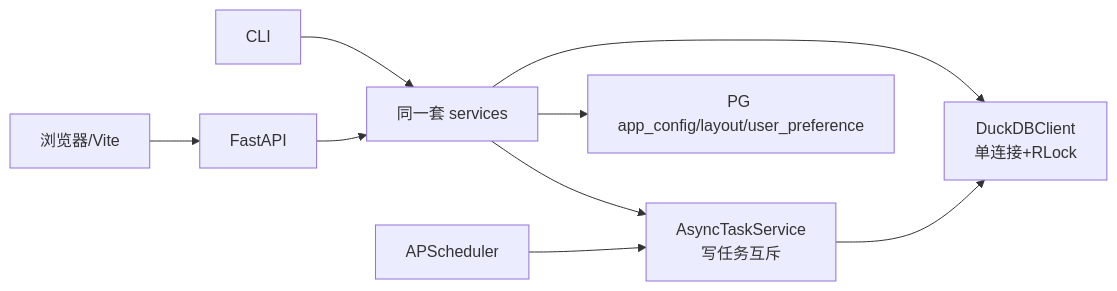
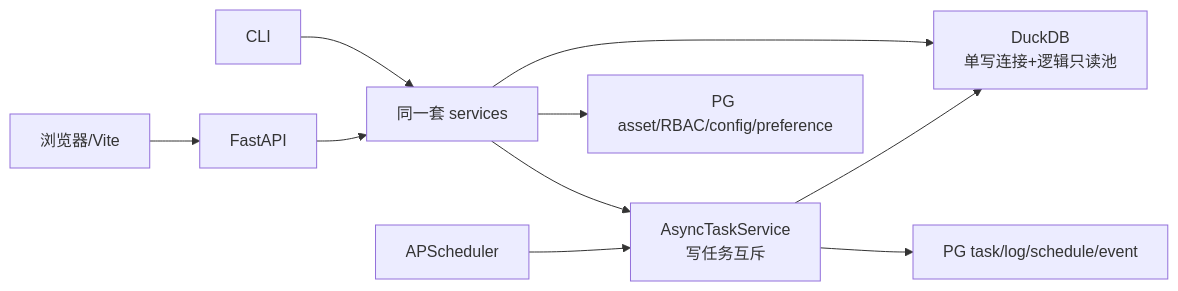
Before and after one commit to fulin-peng-ydxs/ai-stocks: the diagram in agent-works/architecture/platform.md, drawn with Mermaid. The commit also changed other lines of this file and 45 other files, not shown here.

````diff
--- a/agent-works/architecture/platform.md
+++ b/agent-works/architecture/platform.md
@@ -58,11 +59,12 @@
 ```mermaid
 flowchart LR
   A["浏览器/Vite"] --> B["FastAPI"]
   C["CLI"] --> D["同一套 services"]
   B --> D
-  D --> E["DuckDBClient\n单连接+RLock"]
+  D --> E["DuckDB\n单写连接+逻辑只读池"]
   D --> F["AsyncTaskService\n写任务互斥"]
   G["APScheduler"] --> F
   F --> E
-  D --> H["PG app_config/layout/user_preference"]
+  F --> H["PG task/log/schedule/event"]
+  D --> I["PG asset/RBAC/config/preference"]
 ```
````
